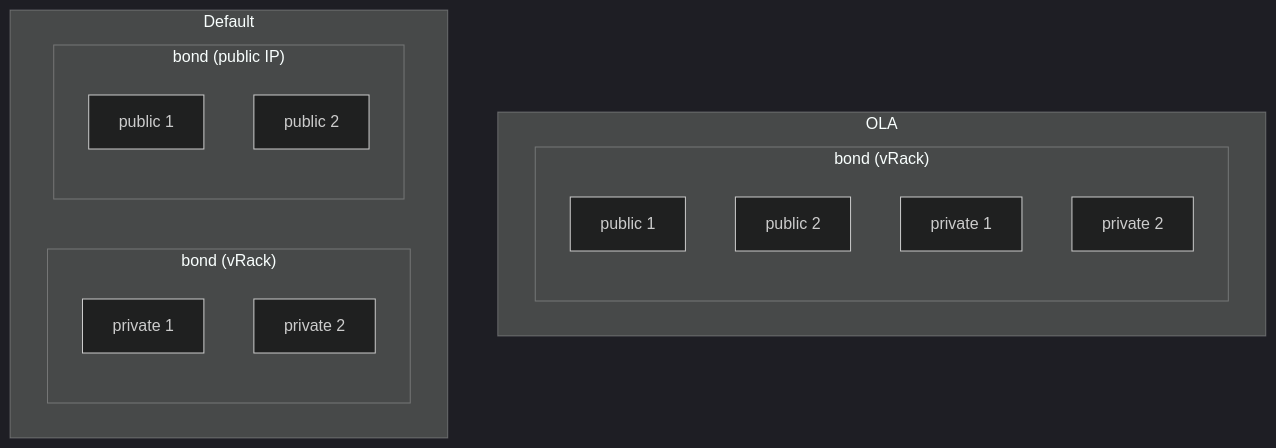
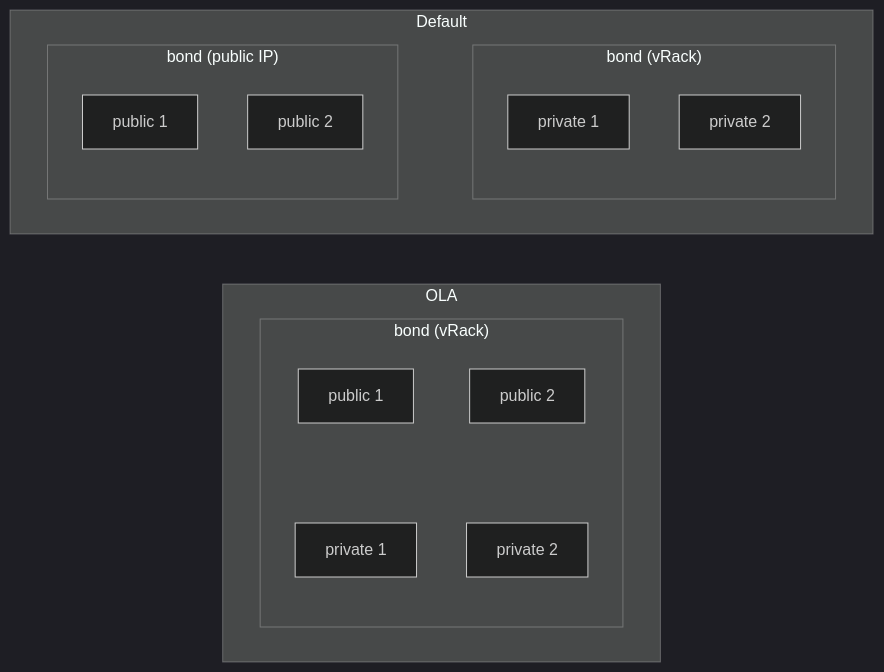
One commit to ovh/ovhcloud-docs changed the diagram in docs/public/images/bare-metal-cloud/dedicated-servers/link-aggregation-overview/four-interfaces.mmd. Above: the diagram before and after it, drawn with Mermaid (dark theme). The commit also changed 44 other files, not shown here.

```diff
--- a/docs/public/images/bare-metal-cloud/dedicated-servers/link-aggregation-overview/four-interfaces.mmd
+++ b/docs/public/images/bare-metal-cloud/dedicated-servers/link-aggregation-overview/four-interfaces.mmd
@@ -1,20 +1,30 @@
 flowchart TB
+    subgraph DEFAULT["Default"]
+        subgraph DPUBBOND["bond (public IP)"]
+            DPUB1["public 1"]
+            DPUB2["public 2"]
+        end
+        subgraph DPRIVBOND["bond (vRack)"]
+            DPRIV1["private 1"]
+            DPRIV2["private 2"]
+        end
+    end
+
     subgraph OLA["OLA"]
         subgraph OBOND["bond (vRack)"]
             OPUB1["public 1"]
             OPUB2["public 2"]
             OPRIV1["private 1"]
             OPRIV2["private 2"]
         end
     end
 
-    subgraph DEFAULT["Default"]
-        subgraph DPRIVBOND["bond (vRack)"]
-            DPRIV1["private 1"]
-            DPRIV2["private 2"]
-        end
-        subgraph DPUBBOND["bond (public IP)"]
-            DPUB1["public 1"]
-            DPUB2["public 2"]
-        end
-    end
+    %% Invisible links only: they constrain the layout and carry no meaning.
+    %% Stack the two modes vertically rather than side by side, so the diagram
+    %% fits the content column and its labels stay readable at 1:1.
+    DPUBBOND ~~~ DPRIVBOND
+    DEFAULT ~~~ OLA
+    %% Lay the four aggregated interfaces out as a 2x2 grid, mirroring the
+    %% public/private rows of the default mode.
+    OPUB1 ~~~ OPRIV1
+    OPUB2 ~~~ OPRIV2
```
